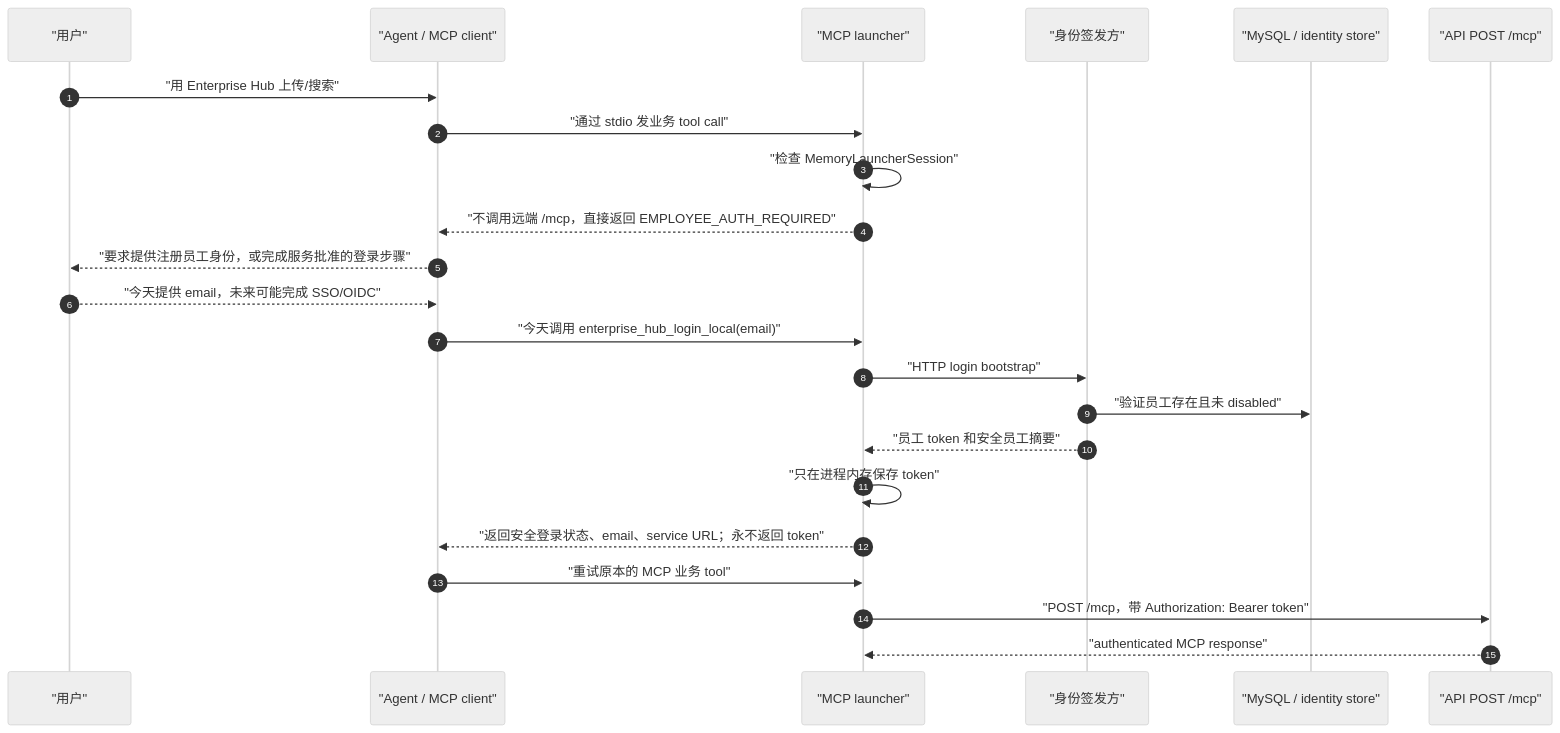
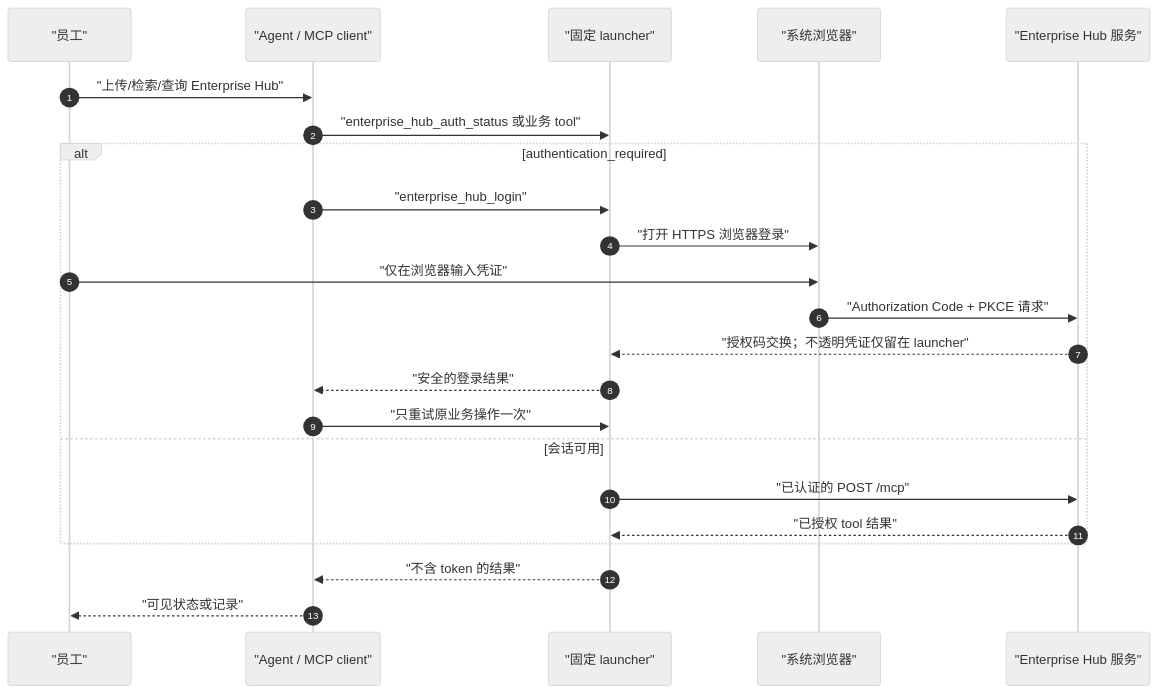
The second of 2 diagrams in docs/implementation/mcp-user-flow.zh.md (YinXiaoyu-1998/SME_DATA_CENTER), drawn with Mermaid (neutral theme) before and after one commit. The commit also changed other lines of this file and 9 other files, not shown here.

Commit message:
docs: define official Enterprise Hub MCP client flow

````diff
--- a/docs/implementation/mcp-user-flow.zh.md
+++ b/docs/implementation/mcp-user-flow.zh.md
@@ -163,26 +49,26 @@
 ```mermaid
 sequenceDiagram
   autonumber
-  participant U as "用户"
+  participant E as "员工"
   participant A as "Agent / MCP client"
-  participant L as "MCP launcher"
-  participant Auth as "身份签发方"
-  participant D as "MySQL / identity store"
-  participant M as "API POST /mcp"
+  participant L as "固定 launcher"
+  participant B as "系统浏览器"
+  participant S as "Enterprise Hub 服务"
 
-  U->>A: "用 Enterprise Hub 上传/搜索"
-  A->>L: "通过 stdio 发业务 tool call"
-  L->>L: "检查 MemoryLauncherSession"
-  L-->>A: "不调用远端 /mcp，直接返回 EMPLOYEE_AUTH_REQUIRED"
-  A-->>U: "要求提供注册员工身份，或完成服务批准的登录步骤"
-  U-->>A: "今天提供 email，未来可能完成 SSO/OIDC"
-  A->>L: "今天调用 enterprise_hub_login_local(email)"
-  L->>Auth: "HTTP login bootstrap"
-  Auth->>D: "验证员工存在且未 disabled"
-  Auth-->>L: "员工 token 和安全员工摘要"
-  L->>L: "只在进程内存保存 token"
-  L-->>A: "返回安全登录状态、email、service URL；永不返回 token"
-  A->>L: "重试原本的 MCP 业务 tool"
-  L->>M: "POST /mcp，带 Authorization: Bearer token"
-  M-->>L: "authenticated MCP response"
+  E->>A: "上传/检索/查询 Enterprise Hub"
+  A->>L: "enterprise_hub_auth_status 或业务 tool"
+  alt authentication_required
+    A->>L: "enterprise_hub_login"
+    L->>B: "打开 HTTPS 浏览器登录"
+    E->>B: "仅在浏览器输入凭证"
+    B->>S: "Authorization Code + PKCE 请求"
+    S-->>L: "授权码交换；不透明凭证仅留在 launcher"
+    L-->>A: "安全的登录结果"
+    A->>L: "只重试原业务操作一次"
+  else 会话可用
+    L->>S: "已认证的 POST /mcp"
+    S-->>L: "已授权 tool 结果"
+  end
+  L-->>A: "不含 token 的结果"
+  A-->>E: "可见状态或记录"
 ```
````
